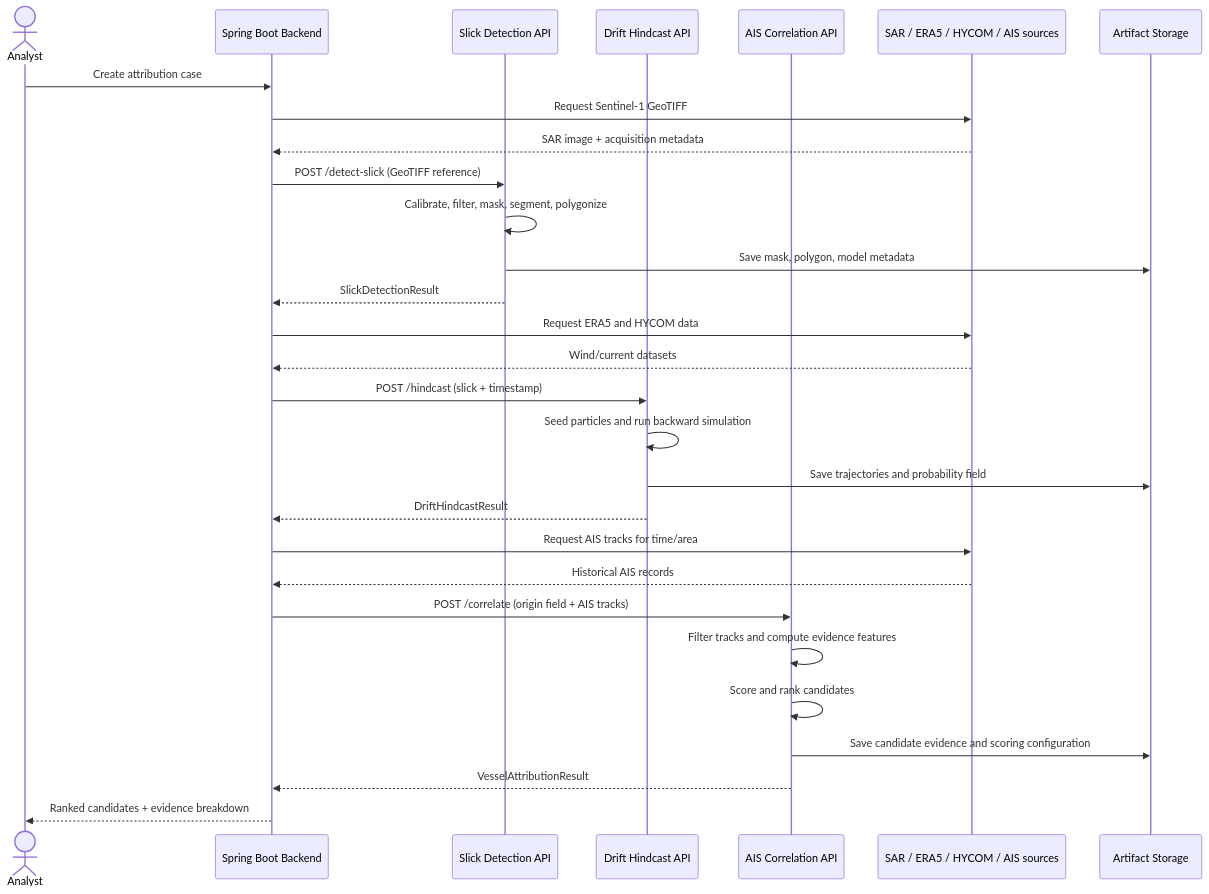
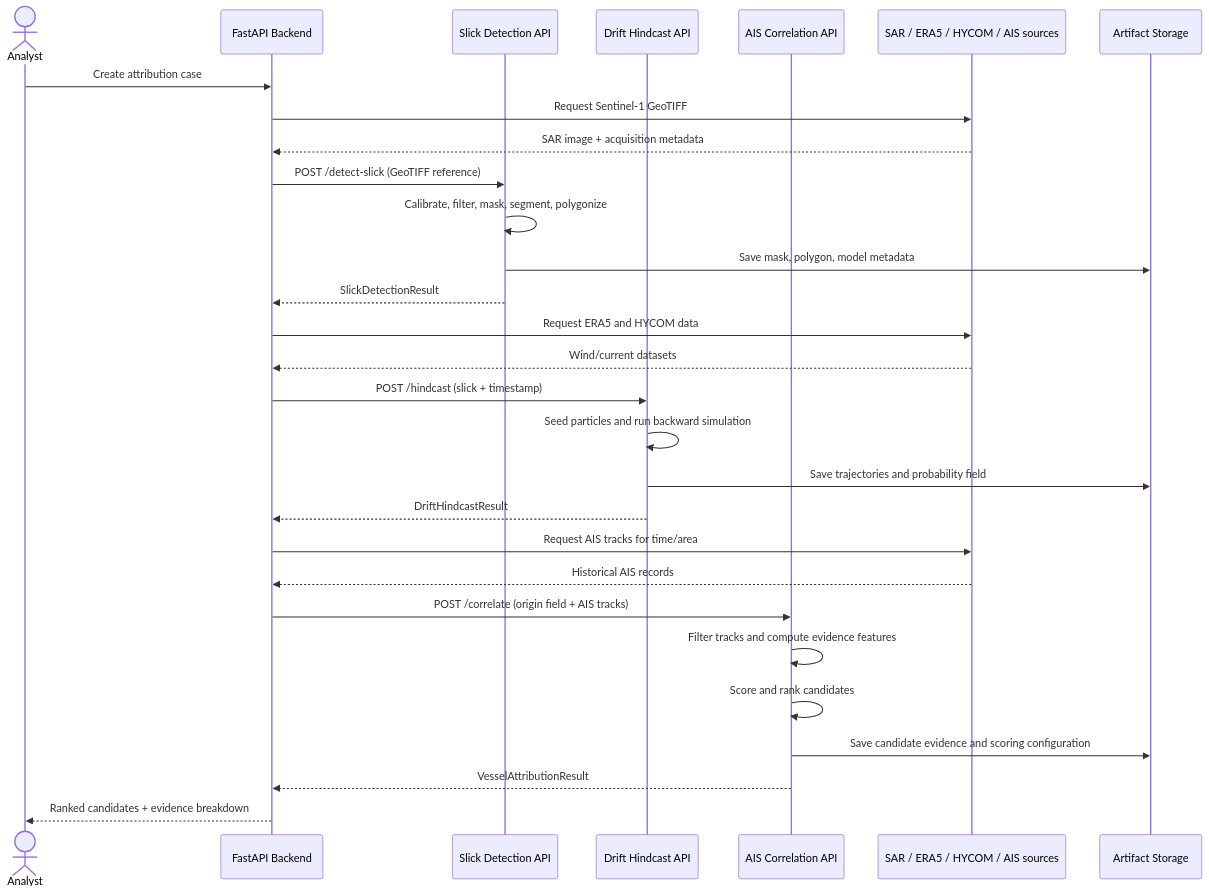
One commit to ankushkumar14092-dot/sih-architecture changed the fourth of 25 diagrams in ai-ml-maritime-oil-spill-architecture.md. Above: the diagram before and after it, drawn with Mermaid. The commit also changed other lines of this file and 1 other file, not shown here.

Commit message:
Document FastAPI architecture and implementation plan

````diff
--- a/ai-ml-maritime-oil-spill-architecture.md
+++ b/ai-ml-maritime-oil-spill-architecture.md
@@ -189,34 +189,34 @@
 ```mermaid
 sequenceDiagram
     actor Analyst
-    participant Backend as Spring Boot Backend
+    participant Backend as FastAPI Backend
     participant Detect as Slick Detection API
     participant Hindcast as Drift Hindcast API
     participant Correlate as AIS Correlation API
     participant Sources as SAR / ERA5 / HYCOM / AIS sources
     participant Store as Artifact Storage
 
     Analyst->>Backend: Create attribution case
     Backend->>Sources: Request Sentinel-1 GeoTIFF
     Sources-->>Backend: SAR image + acquisition metadata
     Backend->>Detect: POST /detect-slick (GeoTIFF reference)
     Detect->>Detect: Calibrate, filter, mask, segment, polygonize
     Detect->>Store: Save mask, polygon, model metadata
     Detect-->>Backend: SlickDetectionResult
 
     Backend->>Sources: Request ERA5 and HYCOM data
     Sources-->>Backend: Wind/current datasets
     Backend->>Hindcast: POST /hindcast (slick + timestamp)
     Hindcast->>Hindcast: Seed particles and run backward simulation
     Hindcast->>Store: Save trajectories and probability field
     Hindcast-->>Backend: DriftHindcastResult
 
     Backend->>Sources: Request AIS tracks for time/area
     Sources-->>Backend: Historical AIS records
     Backend->>Correlate: POST /correlate (origin field + AIS tracks)
     Correlate->>Correlate: Filter tracks and compute evidence features
     Correlate->>Correlate: Score and rank candidates
     Correlate->>Store: Save candidate evidence and scoring configuration
     Correlate-->>Backend: VesselAttributionResult
     Backend-->>Analyst: Ranked candidates + evidence breakdown
 ```
````
